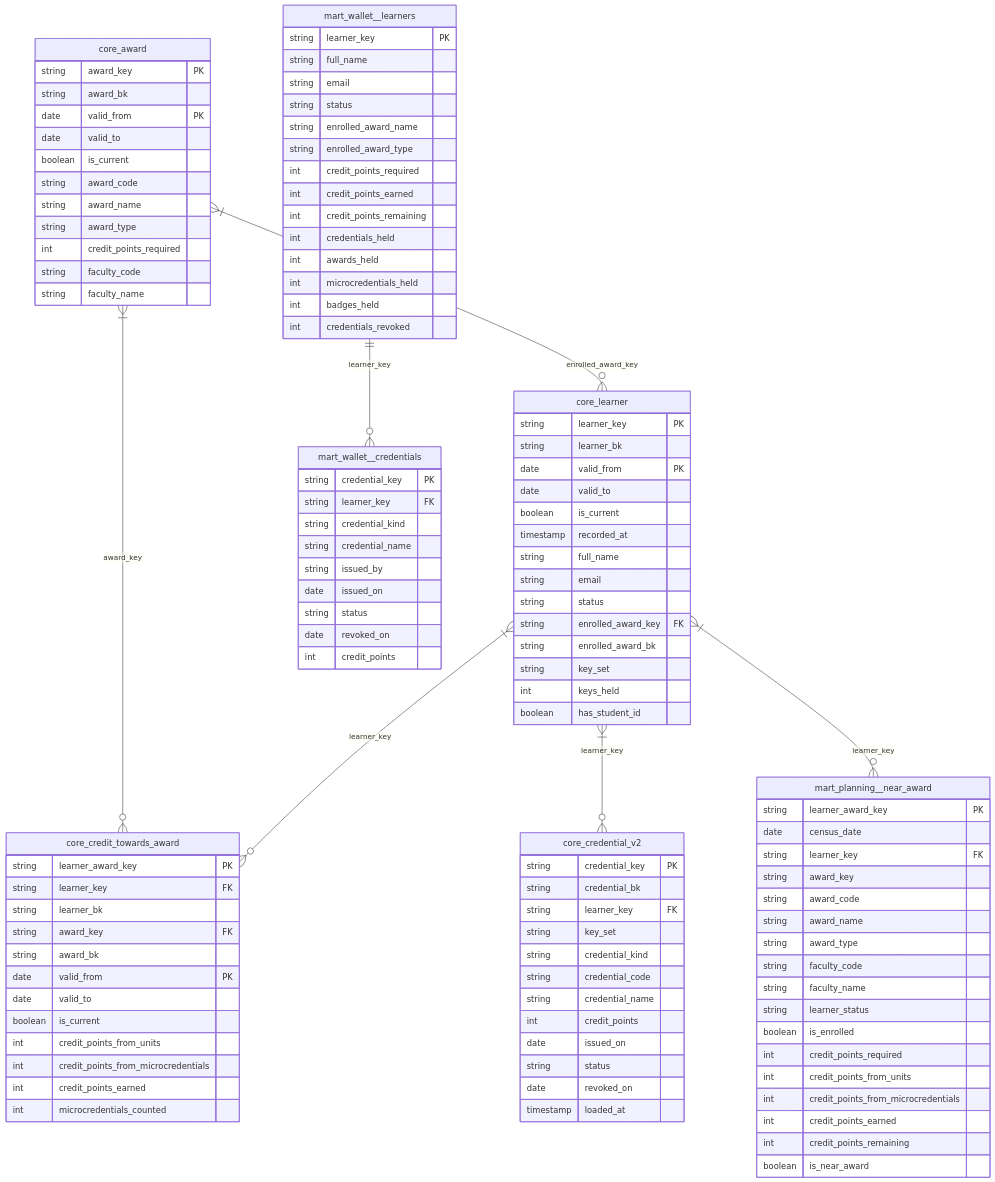
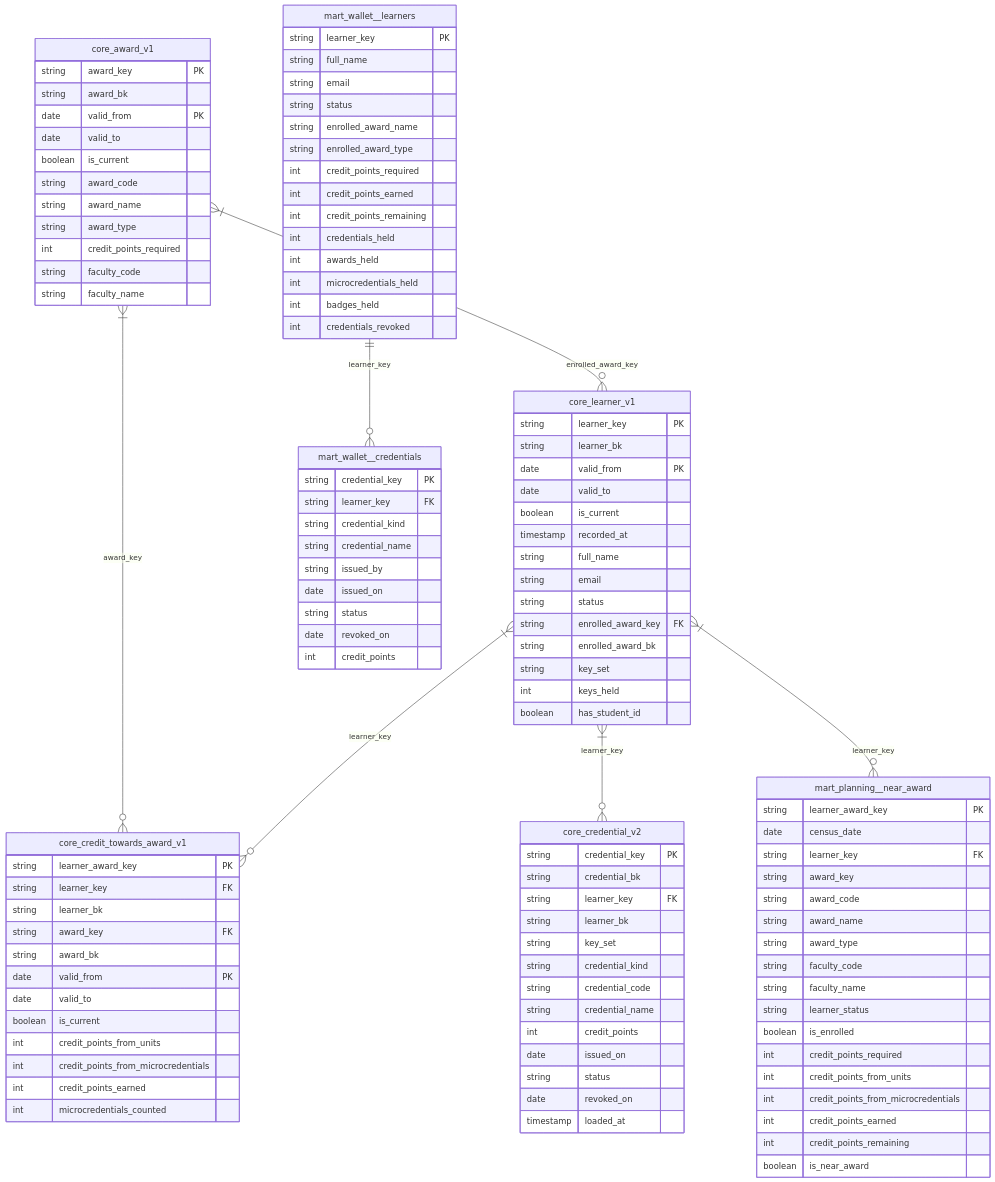
One commit to roanboc/learning-data changed the diagram in films/analytics-engineering/project/docs/physical.md. Above: the diagram before and after it, drawn with Mermaid. The commit also changed other lines of this file and 59 other files, not shown here.

````diff
--- a/films/analytics-engineering/project/docs/physical.md
+++ b/films/analytics-engineering/project/docs/physical.md
@@ -7,6 +7,6 @@
 ```mermaid
 erDiagram
-    core_award {
+    core_award_v1 {
         string award_key PK
         string award_bk
         date valid_from PK
@@ -23,6 +23,7 @@
         string credential_key PK
         string credential_bk
         string learner_key FK
+        string learner_bk
         string key_set
         string credential_kind
         string credential_code
@@ -33,7 +34,7 @@
         date revoked_on
         timestamp loaded_at
     }
-    core_credit_towards_award {
+    core_credit_towards_award_v1 {
         string learner_award_key PK
         string learner_key FK
         string learner_bk
@@ -47,7 +48,7 @@
         int credit_points_earned
         int microcredentials_counted
     }
-    core_learner {
+    core_learner_v1 {
         string learner_key PK
         string learner_bk
         date valid_from PK
@@ -109,10 +110,10 @@
         int badges_held
         int credentials_revoked
     }
-    core_award }|--o{ core_credit_towards_award : "award_key"
-    core_award }|--o{ core_learner : "enrolled_award_key"
-    core_learner }|--o{ core_credential_v2 : "learner_key"
-    core_learner }|--o{ core_credit_towards_award : "learner_key"
-    core_learner }|--o{ mart_planning__near_award : "learner_key"
+    core_award_v1 }|--o{ core_credit_towards_award_v1 : "award_key"
+    core_award_v1 }|--o{ core_learner_v1 : "enrolled_award_key"
+    core_learner_v1 }|--o{ core_credential_v2 : "learner_key"
+    core_learner_v1 }|--o{ core_credit_towards_award_v1 : "learner_key"
+    core_learner_v1 }|--o{ mart_planning__near_award : "learner_key"
     mart_wallet__learners ||--o{ mart_wallet__credentials : "learner_key"
 ```
````
